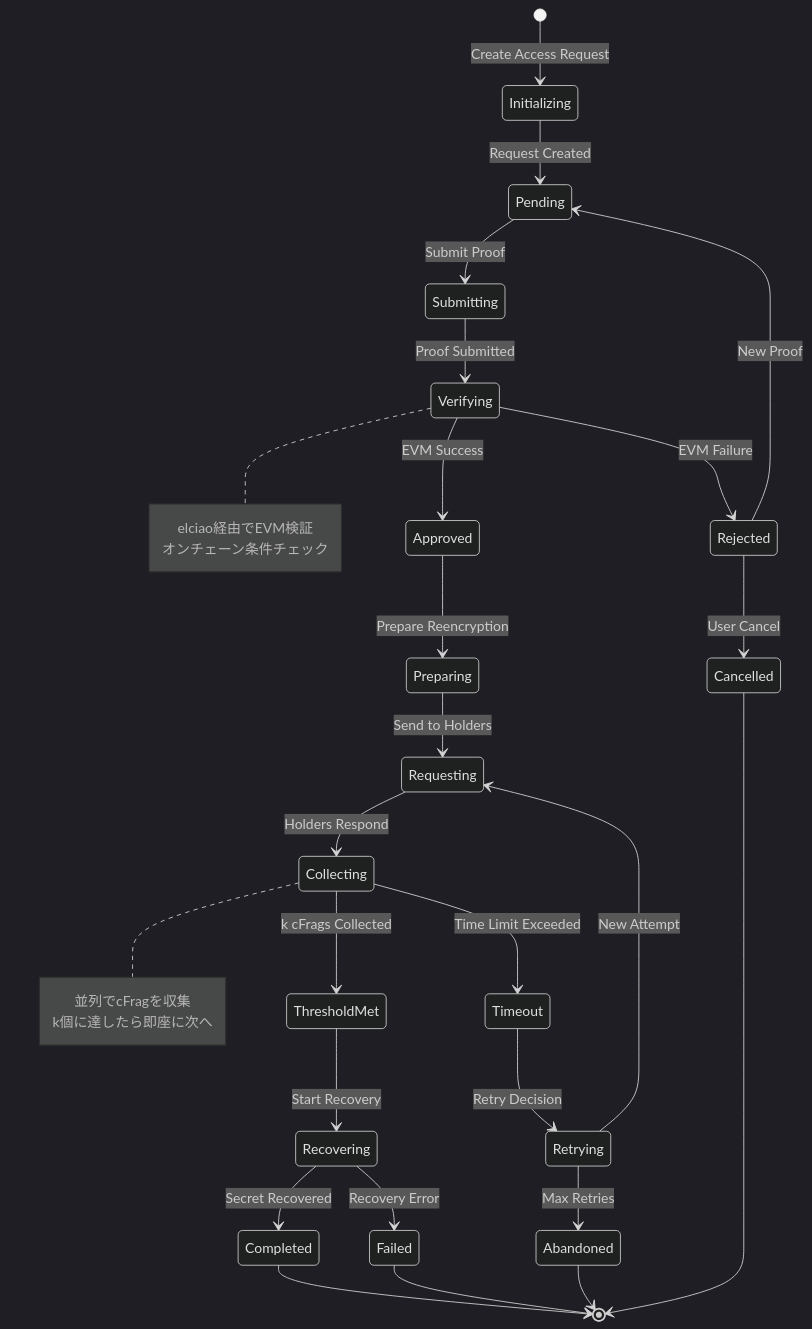
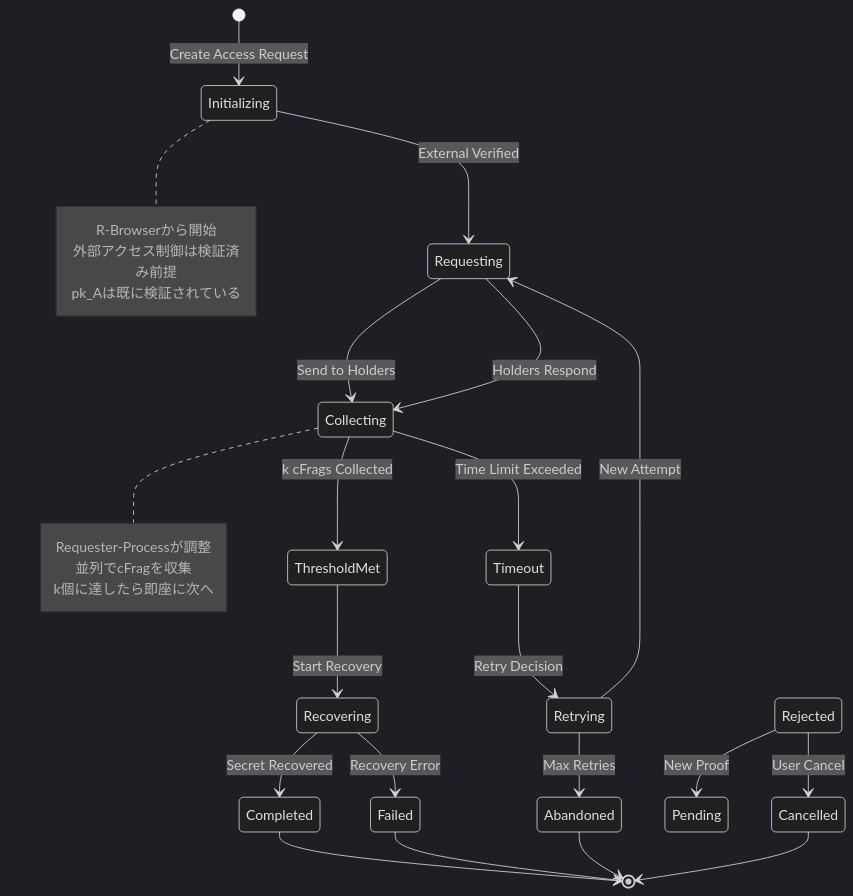
The diagram in docs/development/lifecycle/access_lifecycle.md (shodaimomiyama/D-TPRES), drawn with Mermaid (dark theme) before and after one commit. The commit also changed other lines of this file and 2 other files, not shown here.

````diff
--- a/docs/development/lifecycle/access_lifecycle.md
+++ b/docs/development/lifecycle/access_lifecycle.md
@@ -20,44 +21,40 @@
 ```mermaid
 stateDiagram-v2
     [*] --> Initializing: Create Access Request
-    
-    Initializing --> Pending: Request Created
-    Pending --> Submitting: Submit Proof
-    Submitting --> Verifying: Proof Submitted
-    
-    Verifying --> Approved: EVM Success
-    Verifying --> Rejected: EVM Failure
-    
-    Approved --> Preparing: Prepare Reencryption
-    Preparing --> Requesting: Send to Holders
+
+    Initializing --> Requesting: External Verified
+
+    Requesting --> Collecting: Send to Holders
     
     Requesting --> Collecting: Holders Respond
     Collecting --> ThresholdMet: k cFrags Collected
     Collecting --> Timeout: Time Limit Exceeded
     
     ThresholdMet --> Recovering: Start Recovery
     Recovering --> Completed: Secret Recovered
     Recovering --> Failed: Recovery Error
     
     Timeout --> Retrying: Retry Decision
     Retrying --> Requesting: New Attempt
     Retrying --> Abandoned: Max Retries
     
     Rejected --> Pending: New Proof
     Rejected --> Cancelled: User Cancel
     
     Completed --> [*]
     Failed --> [*]
     Abandoned --> [*]
     Cancelled --> [*]
-    
+
+    note right of Initializing
+        R-Browserから開始
+        外部アクセス制御は検証済み前提
+        pk_Aは既に検証されている
+    end note
+
     note right of Collecting
+        Requester-Processが調整
         並列でcFragを収集
         k個に達したら即座に次へ
     end note
-    
-    note right of Verifying
-        elciao経由でEVM検証
-        オンチェーン条件チェック
-    end note
 ```
````
